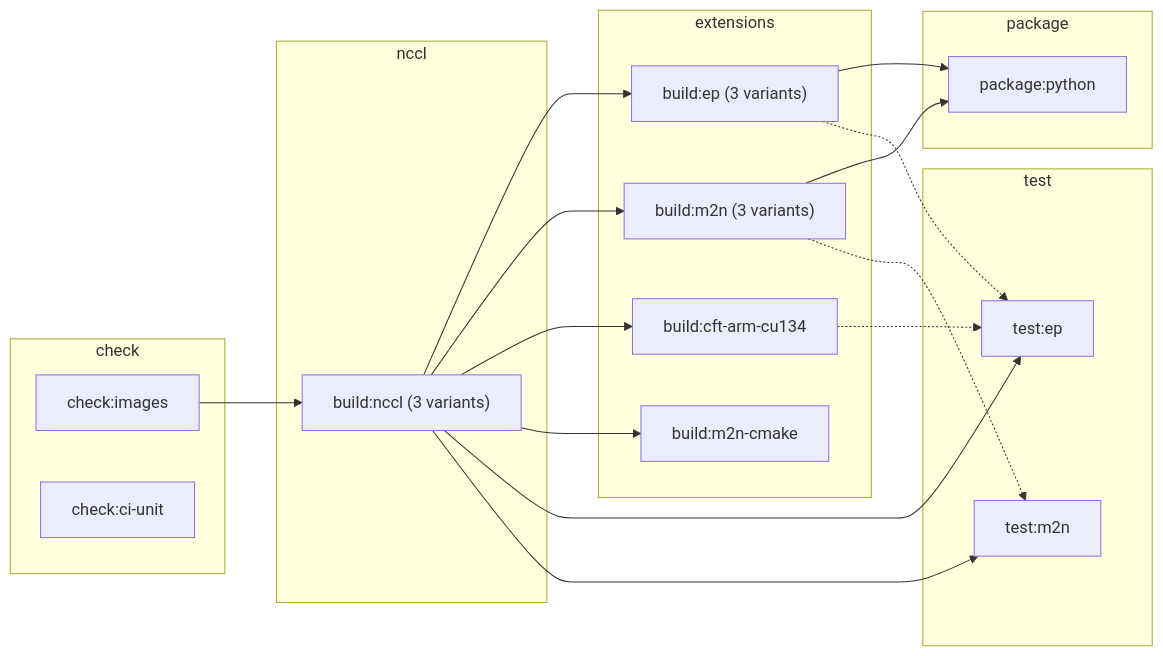
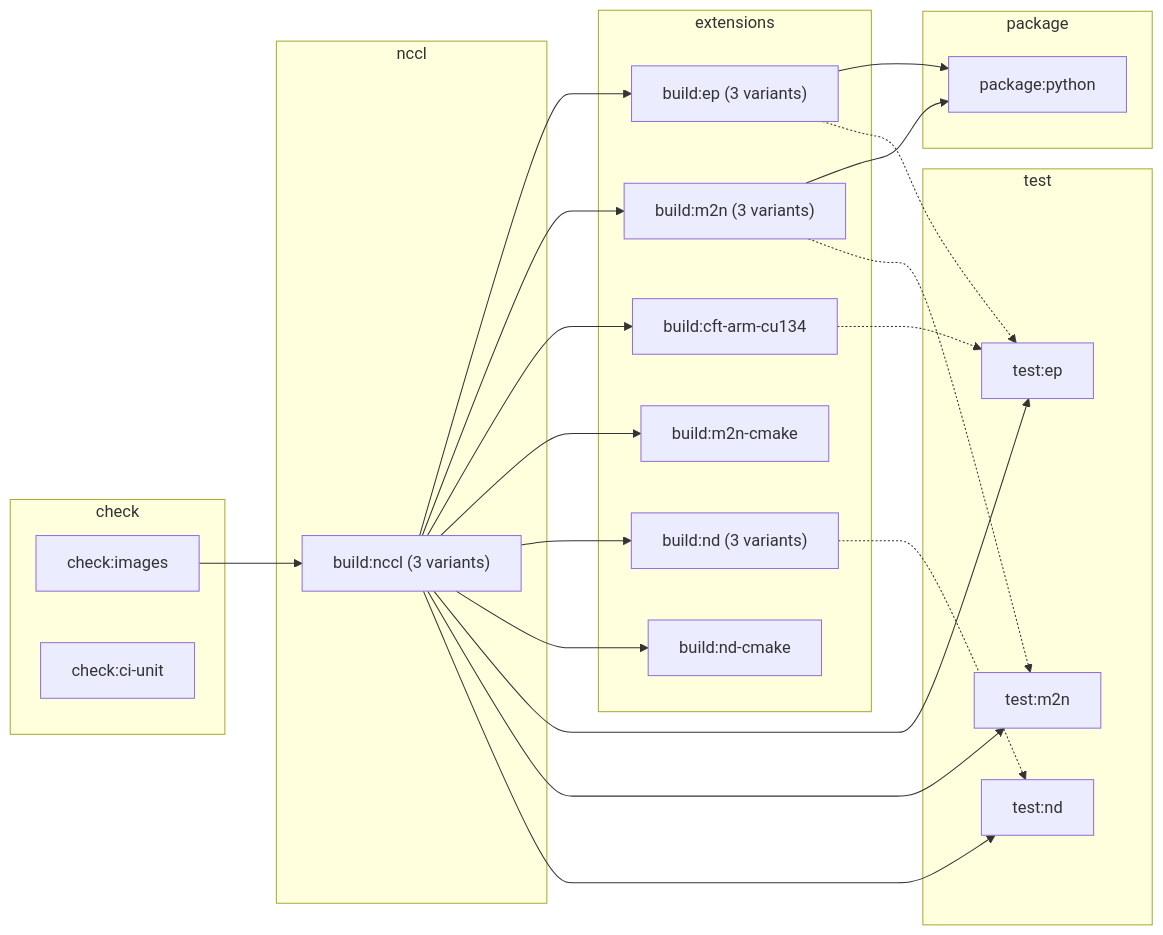
Before and after one commit to phu0ngng/nccl-extensions: the diagram in .gitlab/ci/README.md, drawn with Mermaid. The commit also changed other lines of this file and 8 other files, not shown here.

````diff
--- a/.gitlab/ci/README.md
+++ b/.gitlab/ci/README.md
@@ -11,35 +11,42 @@
 ```mermaid
 flowchart LR
   subgraph check["check"]
     images["check:images"]
     ciunit["check:ci-unit"]
   end
   subgraph nccl["nccl"]
     ncclbuild["build:nccl (3 variants)"]
   end
   subgraph extensions["extensions"]
     ep["build:ep (3 variants)"]
     m2n["build:m2n (3 variants)"]
     cft["build:cft-arm-cu134"]
     cmake["build:m2n-cmake"]
+    nd["build:nd (3 variants)"]
+    ndcmake["build:nd-cmake"]
   end
   subgraph package["package"]
     wheel["package:python"]
   end
   subgraph test["test"]
     testep["test:ep"]
     testm2n["test:m2n"]
+    testnd["test:nd"]
   end
   images --> ncclbuild
   ncclbuild --> ep
   ncclbuild --> m2n
   ncclbuild --> cft
   ncclbuild --> cmake
+  ncclbuild --> nd
+  ncclbuild --> ndcmake
   ep --> wheel
   m2n --> wheel
   ncclbuild --> testep
   ep -.-> testep
   cft -.-> testep
   ncclbuild --> testm2n
   m2n -.-> testm2n
+  ncclbuild --> testnd
+  nd -.-> testnd
 ```
````
